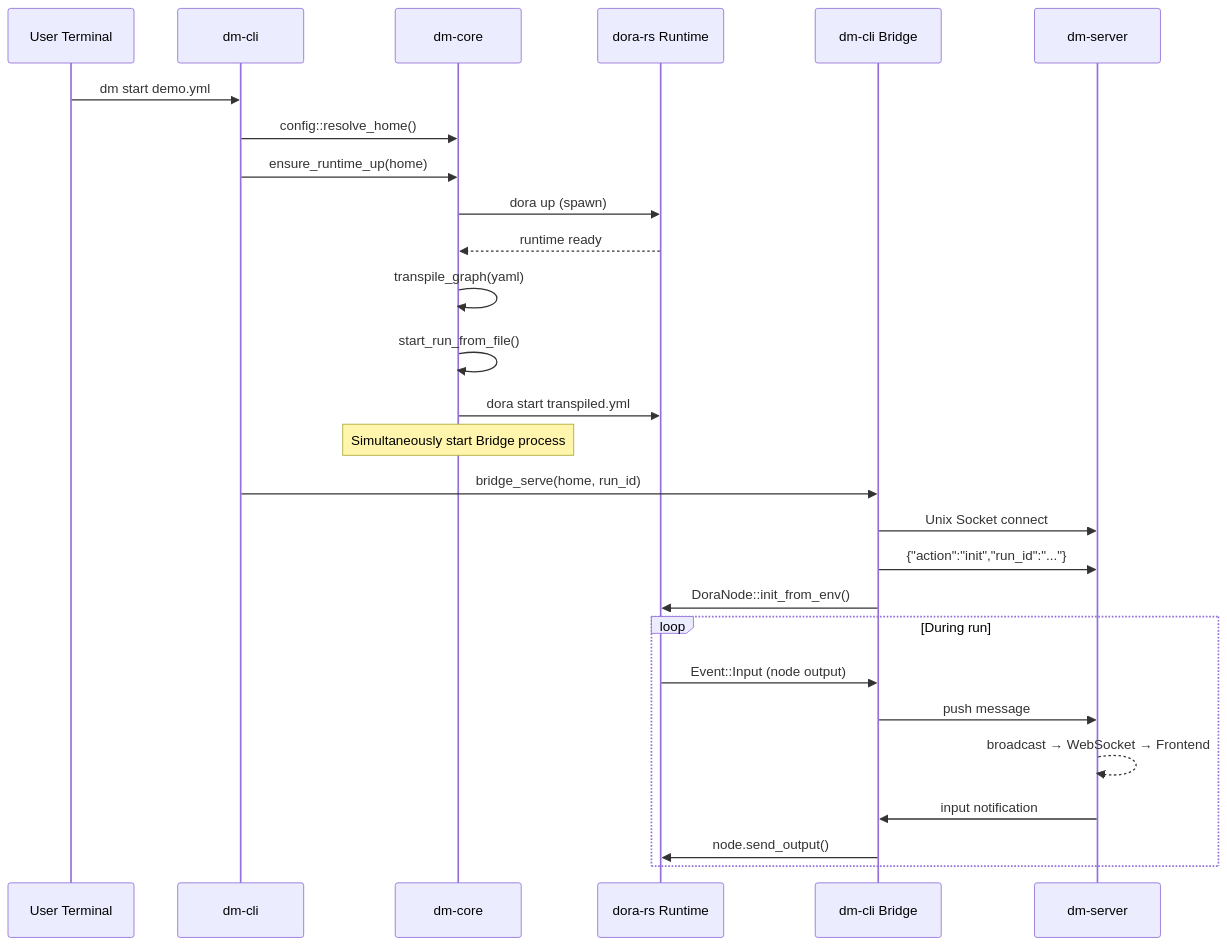
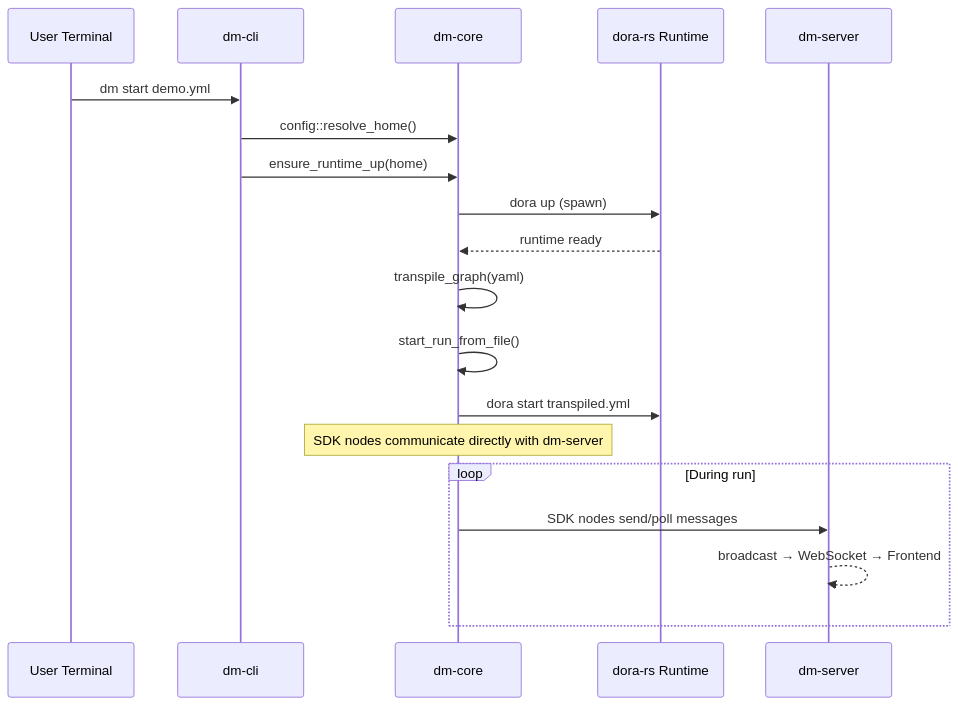
One commit to l1veIn/dora-manager changed the second of 2 diagrams in wiki/zh/en/10-architecture-overview.md. Above: the diagram before and after it, drawn with Mermaid. The commit also changed other lines of this file and 29 other files, not shown here.

First line of the commit message:
docs: remove bridge references from wiki, update for SDK architecture

````diff
--- a/wiki/zh/en/10-architecture-overview.md
+++ b/wiki/zh/en/10-architecture-overview.md
@@ -320,30 +296,22 @@
 ```mermaid
 sequenceDiagram
     participant User as User Terminal
     participant CLI as dm-cli
     participant Core as dm-core
     participant Dora as dora-rs Runtime
-    participant Bridge as dm-cli Bridge
     participant Server as dm-server
 
     User->>CLI: dm start demo.yml
     CLI->>Core: config::resolve_home()
     CLI->>Core: ensure_runtime_up(home)
     Core->>Dora: dora up (spawn)
     Dora-->>Core: runtime ready
     Core->>Core: transpile_graph(yaml)
     Core->>Core: start_run_from_file()
     Core->>Dora: dora start transpiled.yml
-    Note over Core: Simultaneously start Bridge process
-    CLI->>Bridge: bridge_serve(home, run_id)
-    Bridge->>Server: Unix Socket connect
-    Bridge->>Server: {"action":"init","run_id":"..."}
-    Bridge->>Dora: DoraNode::init_from_env()
+    Note over Core: SDK nodes communicate directly with dm-server
     loop During run
-        Dora->>Bridge: Event::Input (node output)
-        Bridge->>Server: push message
+        Core->>Server: SDK nodes send/poll messages
         Server-->>Server: broadcast → WebSocket → Frontend
-        Server->>Bridge: input notification
-        Bridge->>Dora: node.send_output()
     end
 ```
````
